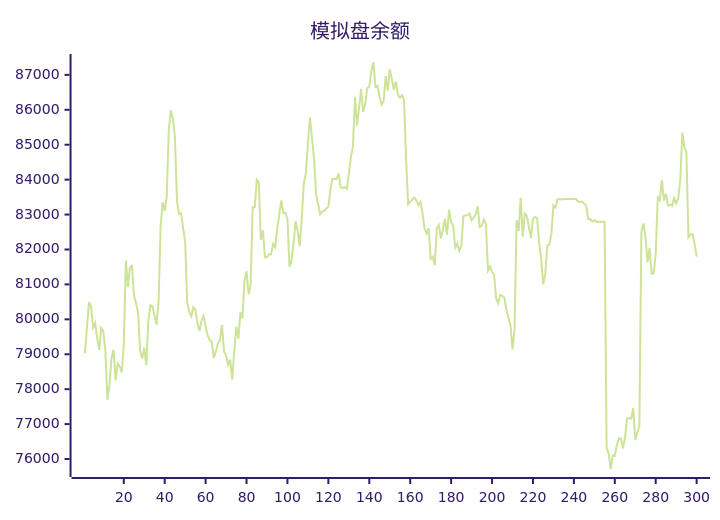
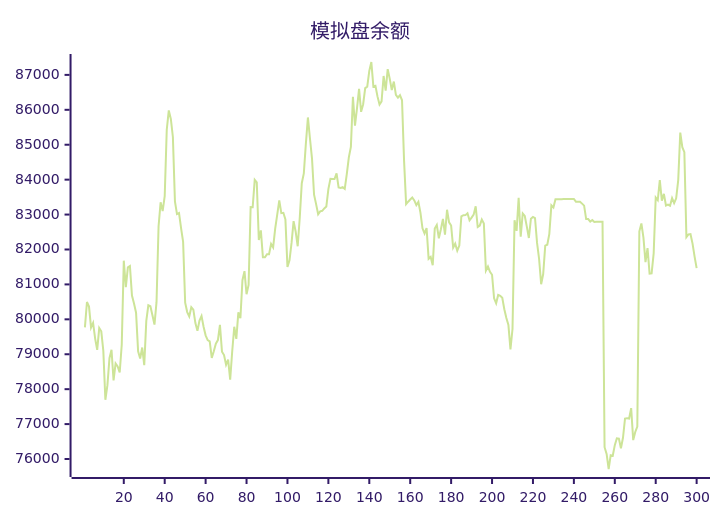
One commit to aahl/ai-trading changed the diagram in README.md. Above: the diagram before and after it, drawn with Mermaid (forest theme). The commit also changed other lines of this file and 1 other file, not shown here.

````diff
--- a/README.md
+++ b/README.md
@@ -5,5 +5,5 @@
 ```mermaid
 xychart
     title "模拟盘余额"
-    line [79023,79769,80497,80366,79761,79896,79448,79126,79749,79658,79097,77695,78114,78888,79126,78249,78738,78653,78478,79271,81680,80923,81488,81527,80681,80455,80190,79084,78879,79193,78686,79954,80403,80374,80118,79848,80491,82665,83351,83098,83525,85430,85983,85737,85221,83378,83014,83043,82613,82216,80477,80208,80081,80348,80277,79894,79670,79965,80093,79786,79542,79406,79371,78893,79087,79304,79406,79841,79072,78978,78696,78846,78272,79085,79787,79442,80198,80031,81120,81379,80718,80985,83214,83212,83993,83921,82270,82547,81776,81776,81866,81866,82158,82061,82596,83000,83408,83041,83050,82858,81503,81691,82188,82812,82517,82092,82901,83898,84180,85030,85781,85178,84604,83569,83298,83008,83093,83107,83175,83228,83729,84025,84017,84019,84177,83775,83762,83785,83738,84160,84639,84939,86370,85548,86046,86599,85942,86161,86622,86664,87115,87369,86666,86685,86384,86152,86243,86969,86548,87164,86885,86566,86809,86427,86348,86417,86273,84538,83299,83369,83430,83490,83404,83270,83362,83056,82605,82459,82614,81734,81788,81551,82598,82702,82320,82580,82878,82426,83139,82778,82686,82056,82166,81963,82110,82951,82983,82984,83038,82838,82915,82998,83235,82642,82682,82858,82746,81396,81512,81362,81277,80600,80461,80699,80673,80616,80288,80038,79836,79142,79722,82837,82533,83480,82366,83032,82960,82654,82330,82883,82934,82901,82188,81728,81005,81298,82110,82135,82449,83264,83203,83440,83439,83440,83440,83446,83447,83448,83447,83448,83449,83369,83369,83369,83313,83256,82872,82873,82801,82844,82785,82791,82791,82793,82794,76339,76145,75714,76110,76096,76397,76594,76585,76310,76607,77160,77170,77160,77456,76541,76774,76927,82520,82744,82337,81639,82040,81307,81314,81887,83490,83414,83984,83396,83594,83261,83287,83253,83470,83327,83465,83987,85348,84930,84786,82355,82433,82438,82167,81795]
+    line [79769,80497,80366,79761,79896,79448,79126,79749,79658,79097,77695,78114,78888,79126,78249,78738,78653,78478,79271,81680,80923,81488,81527,80681,80455,80190,79084,78879,79193,78686,79954,80403,80374,80118,79848,80491,82665,83351,83098,83525,85430,85983,85737,85221,83378,83014,83043,82613,82216,80477,80208,80081,80348,80277,79894,79670,79965,80093,79786,79542,79406,79371,78893,79087,79304,79406,79841,79072,78978,78696,78846,78272,79085,79787,79442,80198,80031,81120,81379,80718,80985,83214,83212,83993,83921,82270,82547,81776,81776,81866,81866,82158,82061,82596,83000,83408,83041,83050,82858,81503,81691,82188,82812,82517,82092,82901,83898,84180,85030,85781,85178,84604,83569,83298,83008,83093,83107,83175,83228,83729,84025,84017,84019,84177,83775,83762,83785,83738,84160,84639,84939,86370,85548,86046,86599,85942,86161,86622,86664,87115,87369,86666,86685,86384,86152,86243,86969,86548,87164,86885,86566,86809,86427,86348,86417,86273,84538,83299,83369,83430,83490,83404,83270,83362,83056,82605,82459,82614,81734,81788,81551,82598,82702,82320,82580,82878,82426,83139,82778,82686,82056,82166,81963,82110,82951,82983,82984,83038,82838,82915,82998,83235,82642,82682,82858,82746,81396,81512,81362,81277,80600,80461,80699,80673,80616,80288,80038,79836,79142,79722,82837,82533,83480,82366,83032,82960,82654,82330,82883,82934,82901,82188,81728,81005,81298,82110,82135,82449,83264,83203,83440,83439,83440,83440,83446,83447,83448,83447,83448,83449,83369,83369,83369,83313,83256,82872,82873,82801,82844,82785,82791,82791,82793,82794,76339,76145,75714,76110,76096,76397,76594,76585,76310,76607,77160,77170,77160,77456,76541,76774,76927,82520,82744,82337,81639,82040,81307,81314,81887,83490,83414,83984,83396,83594,83261,83287,83253,83470,83327,83465,83987,85348,84930,84786,82355,82433,82438,82167,81795,81466]
 ```
````
